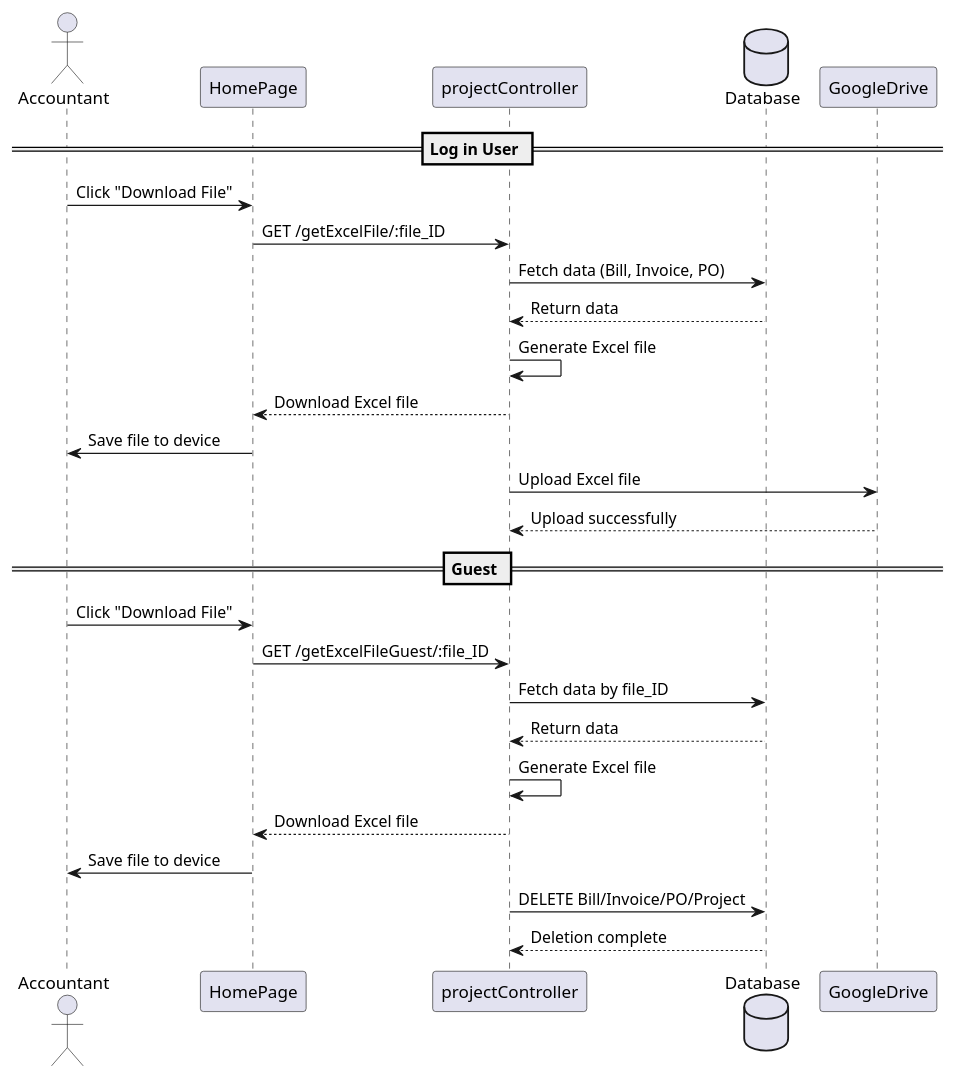
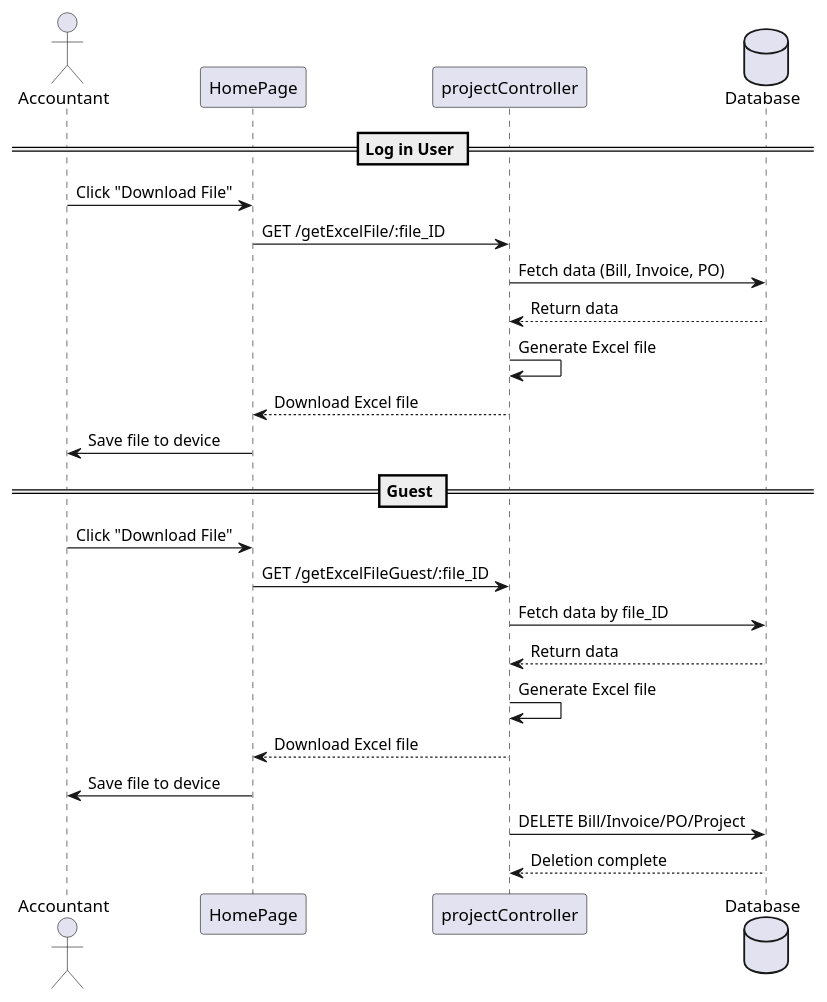
One commit to jmaepraendith/PaperlessWebProject changed the diagram in diagram/sq-uc5.puml. Above: the diagram before and after it, drawn with PlantUML. The commit also changed 12 other files, not shown here.

```diff
--- a/diagram/sq-uc5.puml
+++ b/diagram/sq-uc5.puml
@@ -1,32 +1,29 @@
 @startuml
 actor Accountant
 participant HomePage
 participant projectController
 database Database
-participant GoogleDrive
 
 == Log in User ==
 Accountant -> HomePage : Click "Download File"
 HomePage -> projectController : GET /getExcelFile/:file_ID
 
 projectController -> Database : Fetch data (Bill, Invoice, PO)
 Database --> projectController : Return data
 projectController -> projectController : Generate Excel file
 projectController --> HomePage : Download Excel file
 HomePage -> Accountant : Save file to device
-projectController -> GoogleDrive : Upload Excel file
-GoogleDrive --> projectController : Upload successfully 
 
 == Guest ==
 Accountant -> HomePage : Click "Download File"
 HomePage -> projectController : GET /getExcelFileGuest/:file_ID
 
 projectController -> Database : Fetch data by file_ID
 Database --> projectController : Return data
 projectController -> projectController : Generate Excel file
 projectController --> HomePage : Download Excel file
 HomePage -> Accountant : Save file to device
 
 projectController -> Database : DELETE Bill/Invoice/PO/Project
 Database --> projectController : Deletion complete
 @enduml
```
